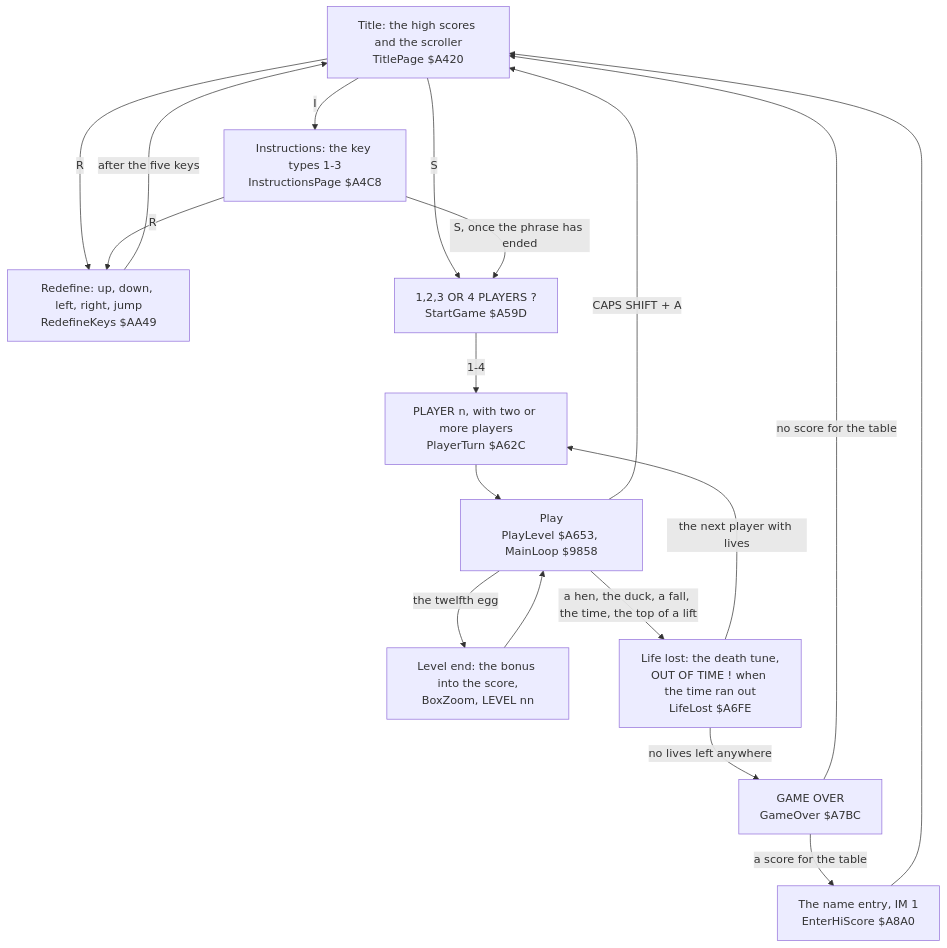
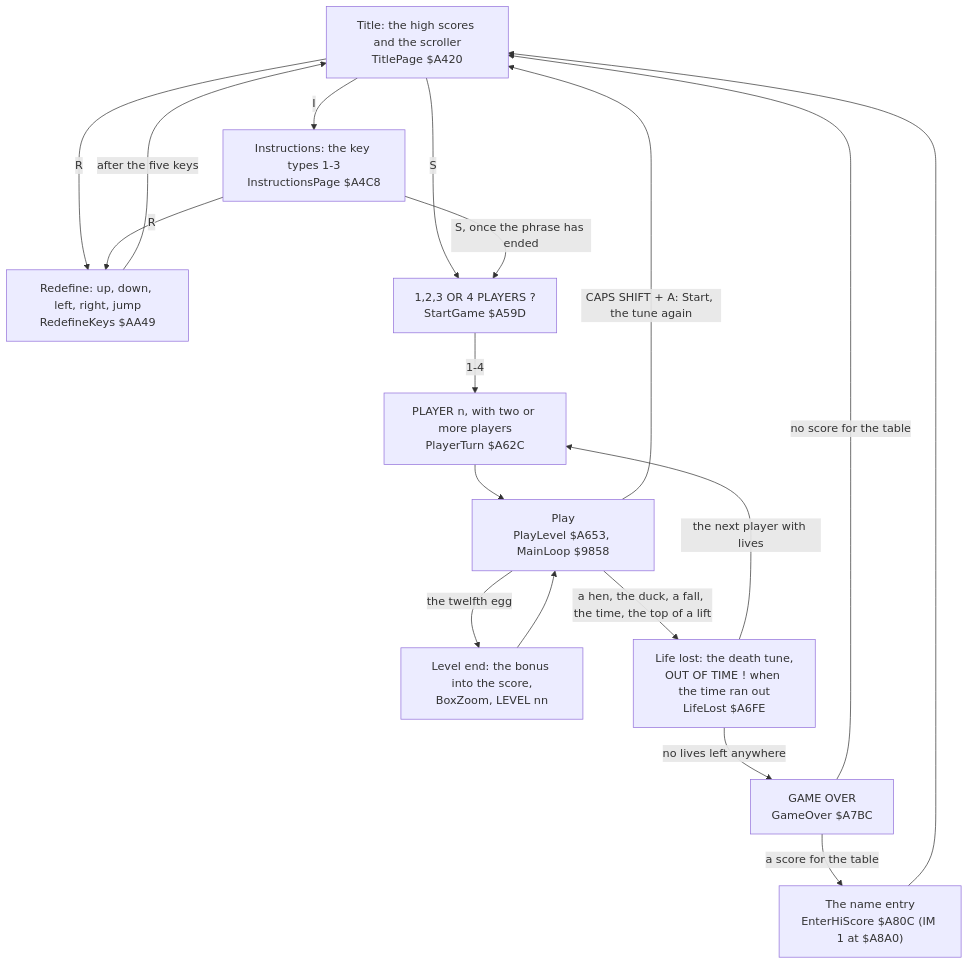
One commit to alfishe/unrealng-reverse-cases changed the first of 6 diagrams in games/chuckie-egg/docs/01-game-design.md. Above: the diagram before and after it, drawn with Mermaid. The commit also changed other lines of this file and 49 other files, not shown here.

````diff
--- a/games/chuckie-egg/docs/01-game-design.md
+++ b/games/chuckie-egg/docs/01-game-design.md
@@ -47,20 +49,20 @@
 ```mermaid
 flowchart TD
     T["Title: the high scores and the scroller<br/>TitlePage $A420"] -->|I| I["Instructions: the key types 1-3<br/>InstructionsPage $A4C8"]
     T -->|R| R["Redefine: up, down, left, right, jump<br/>RedefineKeys $AA49"]
     I -->|R| R
     R -->|after the five keys| T
     T -->|S| P["1,2,3 OR 4 PLAYERS ?<br/>StartGame $A59D"]
     I -->|"S, once the phrase has ended"| P
     P -->|1-4| PT["PLAYER n, with two or more players<br/>PlayerTurn $A62C"]
     PT --> G["Play<br/>PlayLevel $A653, MainLoop $9858"]
     G -->|the twelfth egg| E["Level end: the bonus into the score,<br/>BoxZoom, LEVEL nn"]
     E --> G
     G -->|"a hen, the duck, a fall, the time, the top of a lift"| D["Life lost: the death tune,<br/>OUT OF TIME ! when the time ran out<br/>LifeLost $A6FE"]
     D -->|the next player with lives| PT
     D -->|no lives left anywhere| O["GAME OVER<br/>GameOver $A7BC"]
-    O -->|a score for the table| N["The name entry, IM 1<br/>EnterHiScore $A8A0"]
+    O -->|a score for the table| N["The name entry<br/>EnterHiScore $A80C (IM 1 at $A8A0)"]
     O -->|no score for the table| T
     N --> T
-    G -->|CAPS SHIFT + A| T
+    G -->|"CAPS SHIFT + A: Start, the tune again"| T
 ```
````
